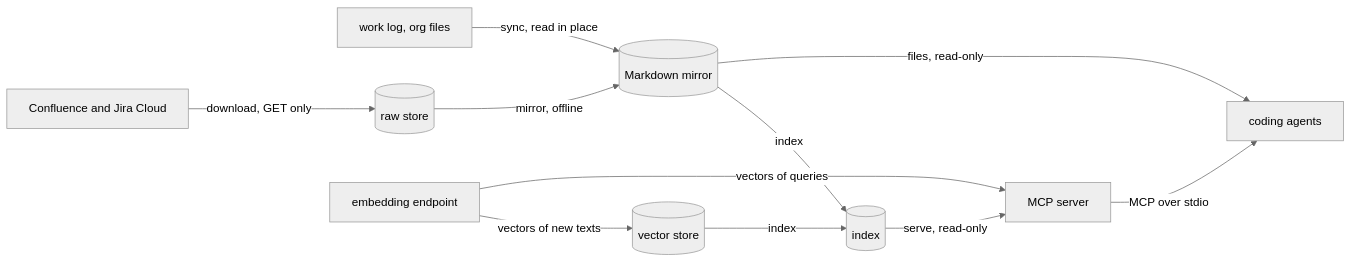
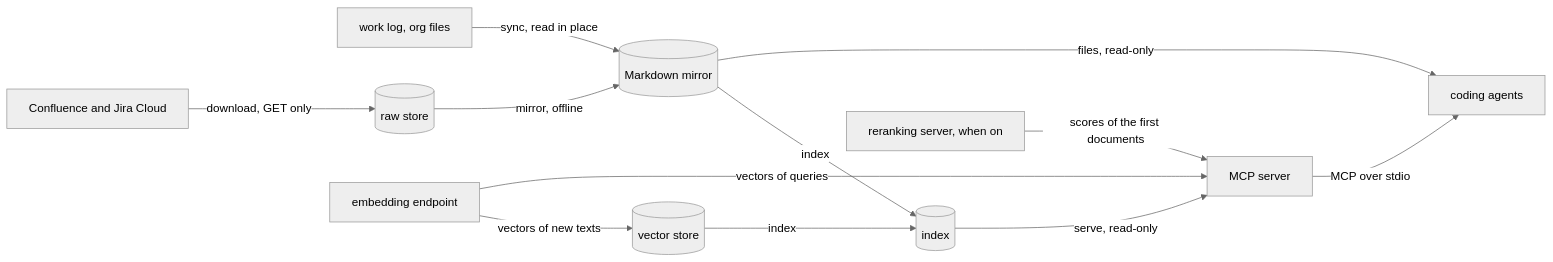
The diagram in docs/explanation/internals.md (piotr-yuxuan/kb-mcp), drawn with Mermaid (neutral theme) before and after one commit. The commit also changed other lines of this file and 17 other files, not shown here.

````diff
--- a/docs/explanation/internals.md
+++ b/docs/explanation/internals.md
@@ -16,22 +16,24 @@
 ```mermaid
 flowchart LR
     site["Confluence and Jira Cloud"]
     worklog["work log, org files"]
     raw[("raw store")]
     docs[("Markdown mirror")]
     vectors[("vector store")]
     index[("index")]
     endpoint["embedding endpoint"]
+    reranker["reranking server, when on"]
     server["MCP server"]
     agents["coding agents"]
     site -- "download, GET only" --> raw
     raw -- "mirror, offline" --> docs
     worklog -- "sync, read in place" --> docs
     docs -- "index" --> index
     endpoint -- "vectors of new texts" --> vectors
     vectors -- "index" --> index
     index -- "serve, read-only" --> server
     endpoint -- "vectors of queries" --> server
+    reranker -- "scores of the first documents" --> server
     server -- "MCP over stdio" --> agents
     docs -- "files, read-only" --> agents
 ```
````
